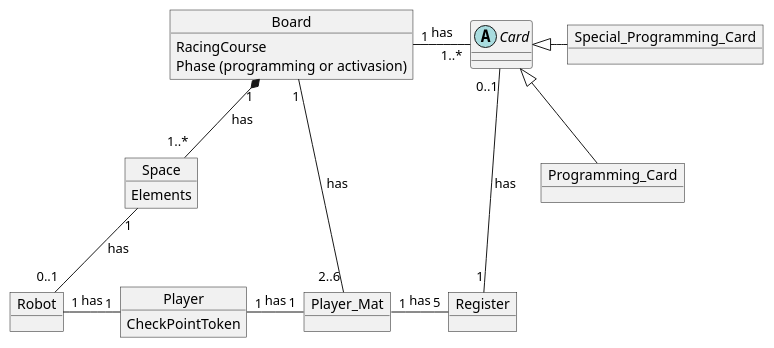
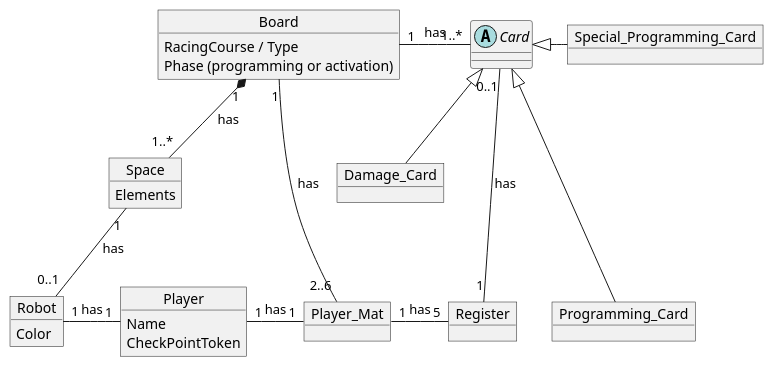
The diagram in PlantUML/DomainModel.puml (MarkBidstrup/RoboRally), drawn with PlantUML before and after one commit.

Commit message:
updated domain model

```diff
--- a/PlantUML/DomainModel.puml
+++ b/PlantUML/DomainModel.puml
@@ -1,52 +1,58 @@
 @startuml
 'https://plantuml.com/class-diagram
 
 object Player {
+    Name
     CheckPointToken
 }
 
 object Player_Mat {
 
 }
 
 object Register {
 
 }
 
 object Robot {
-
+    Color
 }
 
 object Board {
-    RacingCourse
-    Phase (programming or activasion)
+    RacingCourse / Type
+    Phase (programming or activation)
 }
 
 object Programming_Card {
 
 }
 
 object Special_Programming_Card {
+
+}
+
+object Damage_Card {
 
 }
 
 object Space {
     Elements
 }
 
 abstract Card {
 
 }
 
 Board"1" *-- "1..*"Space : has
 Space"1" -- "0..1"Robot : has
 Player"1" -L- "1"Robot : has
 Player_Mat"1" -L- "1"Player : has
 Board"1" - "1..*"Card : has
 Board"1" -- "2..6"Player_Mat : has
-Card <|-- Programming_Card
+Card <|--- Programming_Card
 Card <|-R- Special_Programming_Card
+Card <|-- Damage_Card
 Card"0..1" -- "1"Register : has
 Player_Mat"1" - "5"Register : has
 
 @enduml
```
